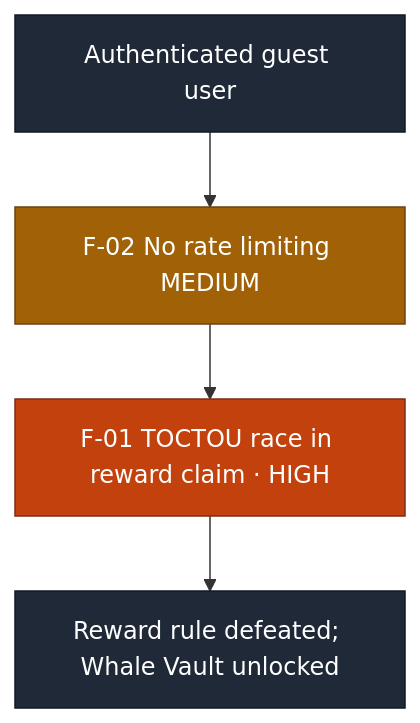
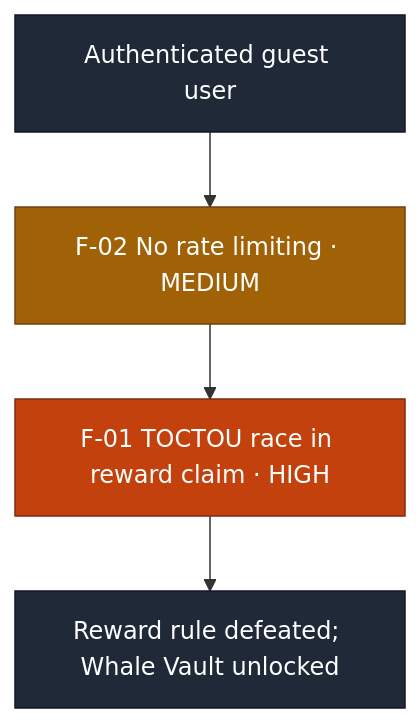
One commit to ouroboros-white/cybersecurity-portfolio changed the first of 2 diagrams in reports/business-logic-assessment-2026-08.md. Above: the diagram before and after it, drawn with Mermaid. The commit also changed 7 other files, not shown here.

````diff
--- a/reports/business-logic-assessment-2026-08.md
+++ b/reports/business-logic-assessment-2026-08.md
@@ -51,12 +51,12 @@
 ```mermaid
 flowchart TD
-    S["Authenticated guest user"] --> F2["F-02 No rate limiting MEDIUM"]
+    S["Authenticated guest user"] --> F2["F-02 No rate limiting · MEDIUM"]
     F2 --> F1["F-01 TOCTOU race in reward claim · HIGH"]
     F1 --> R["Reward rule defeated; Whale Vault unlocked"]
     classDef high fill:#c2410c,stroke:#7c2d12,color:#ffffff;
     classDef med fill:#a16207,stroke:#713f12,color:#ffffff;
     classDef term fill:#1f2937,stroke:#111827,color:#ffffff;
     class F1 high;
     class F2 med;
     class S,R term;
 ```
````
